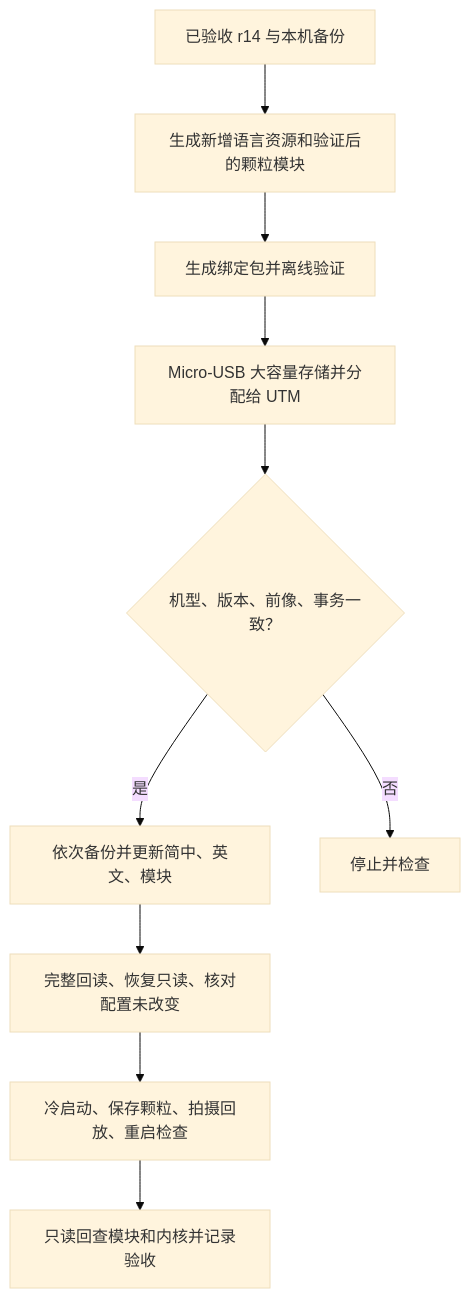
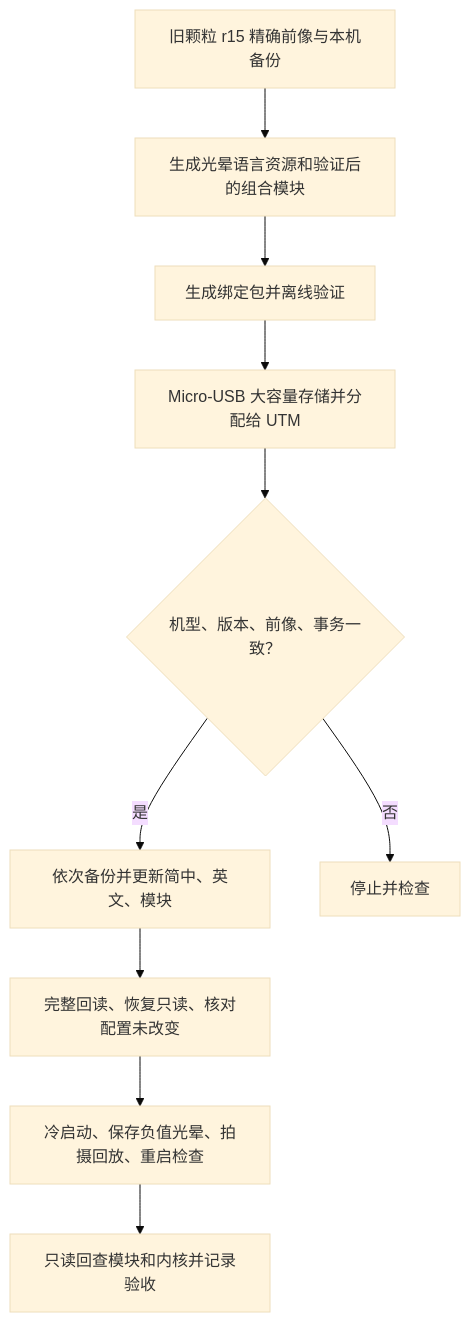
The diagram in docs/release-workflow.md (robinshie/Sony_A7M3), drawn with Mermaid (base theme) before and after one commit. The commit also changed other lines of this file and 57 other files, not shown here.

````diff
--- a/docs/release-workflow.md
+++ b/docs/release-workflow.md
@@ -34,12 +34,12 @@
 ```mermaid
 flowchart TD
-    A[已验收 r14 与本机备份] --> B[生成新增语言资源和验证后的颗粒模块]
+    A[旧颗粒 r15 精确前像与本机备份] --> B[生成光晕语言资源和验证后的组合模块]
     B --> C[生成绑定包并离线验证]
     C --> D[Micro-USB 大容量存储并分配给 UTM]
     D --> E{机型、版本、前像、事务一致？}
     E -->|是| F[依次备份并更新简中、英文、模块]
     E -->|否| X[停止并检查]
     F --> G[完整回读、恢复只读、核对配置未改变]
-    G --> H[冷启动、保存颗粒、拍摄回放、重启检查]
+    G --> H[冷启动、保存负值光晕、拍摄回放、重启检查]
     H --> I[只读回查模块和内核并记录验收]
 ```
````
